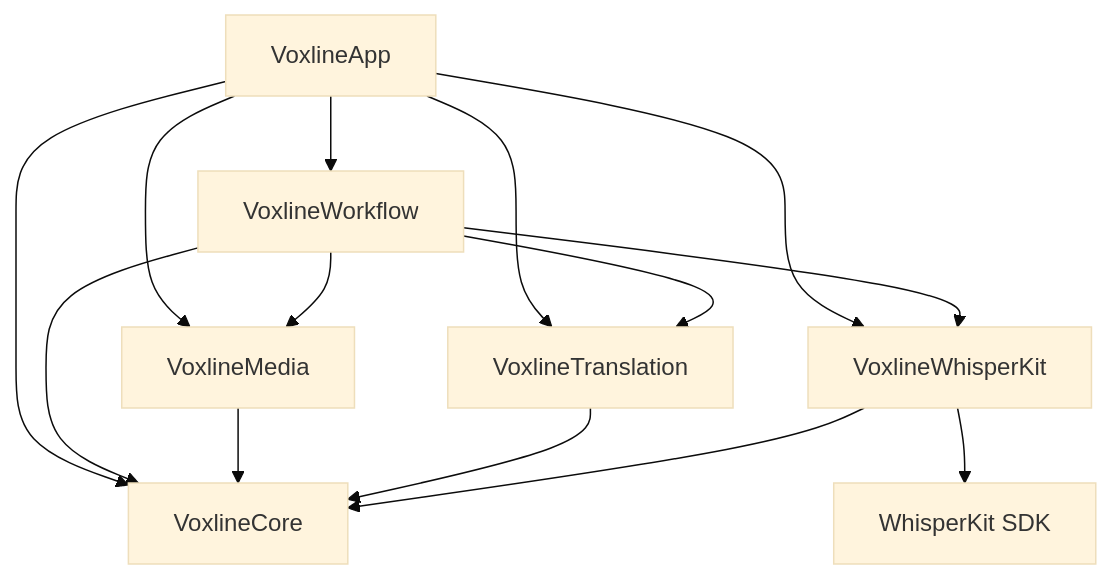
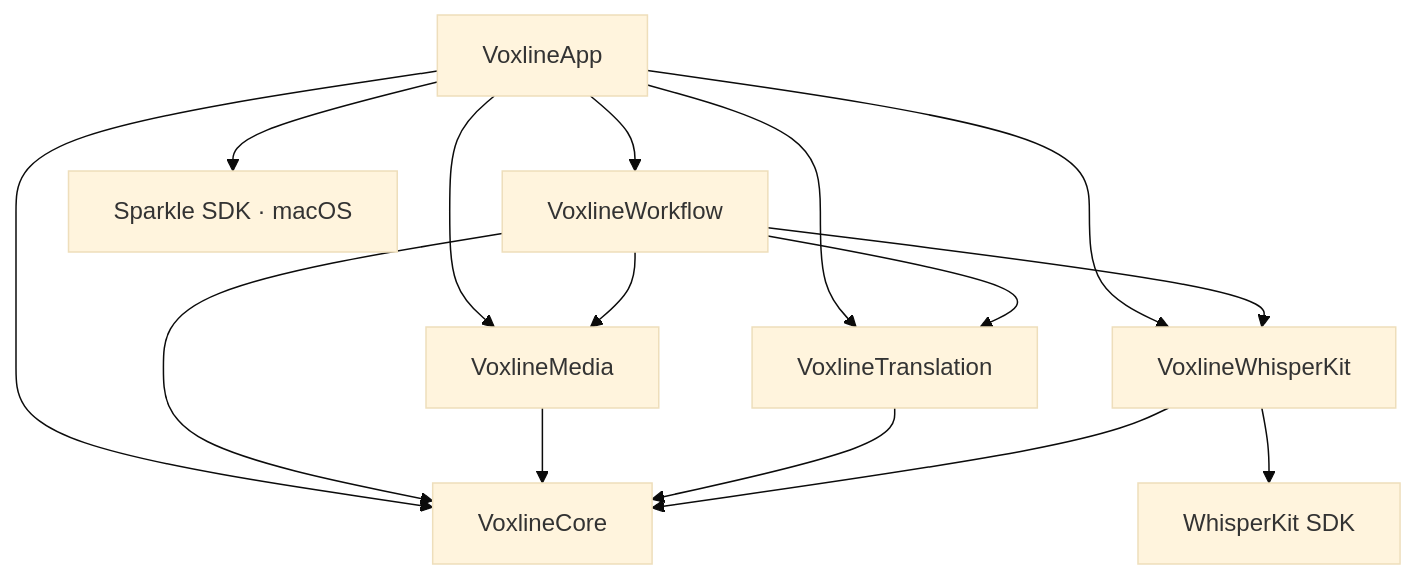
One commit to yamakze/Voxline changed the diagram in docs/architecture/README.md. Above: the diagram before and after it, drawn with Mermaid (base theme). The commit also changed other lines of this file and 22 other files, not shown here.

Commit message:
feat: add native app updates and signed Sparkle release feeds

````diff
--- a/docs/architecture/README.md
+++ b/docs/architecture/README.md
@@ -23,16 +23,17 @@
 ```mermaid
 graph TD
     App[VoxlineApp] --> Workflow[VoxlineWorkflow]
     App --> Core[VoxlineCore]
     App --> Media[VoxlineMedia]
     App --> Translation[VoxlineTranslation]
     App --> Whisper[VoxlineWhisperKit]
     Workflow --> Core
     Workflow --> Media
     Workflow --> Translation
     Workflow --> Whisper
     Media --> Core
     Translation --> Core
     Whisper --> Core
     Whisper --> SDK[WhisperKit SDK]
+    App --> Sparkle[Sparkle SDK · macOS]
 ```
````
